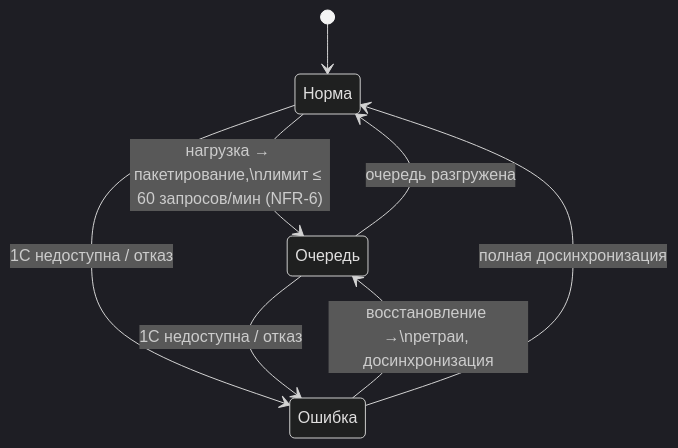
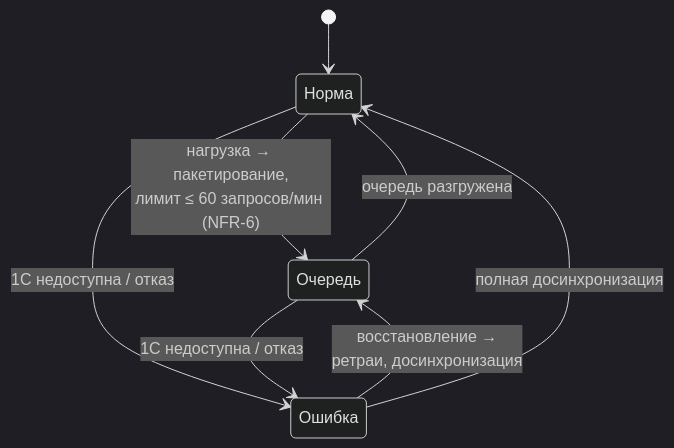
Before and after one commit to igorvolk1961/water_checker: the fourth of 4 diagrams in docs/system_analysis/diagrams/state_model_and_batch.md, drawn with Mermaid (dark theme). The commit also changed other lines of this file and 4 other files, not shown here.

Commit message:
Fix mermaid parse error: remove semicolons in labels and use <br/> instead of literal backslash-n

````diff
--- a/docs/system_analysis/diagrams/state_model_and_batch.md
+++ b/docs/system_analysis/diagrams/state_model_and_batch.md
@@ -60,13 +60,13 @@
 ```mermaid
 stateDiagram-v2
     state "Норма" as S1
     state "Очередь" as S2
     state "Ошибка" as S3
     [*] --> S1
-    S1 --> S2 : нагрузка → пакетирование,\nлимит ≤ 60 запросов/мин (NFR-6)
+    S1 --> S2 : нагрузка → пакетирование,<br/>лимит ≤ 60 запросов/мин (NFR-6)
     S2 --> S1 : очередь разгружена
     S1 --> S3 : 1С недоступна / отказ
     S2 --> S3 : 1С недоступна / отказ
-    S3 --> S2 : восстановление →\nретраи, досинхронизация
+    S3 --> S2 : восстановление →<br/>ретраи, досинхронизация
     S3 --> S1 : полная досинхронизация
 ```
````
